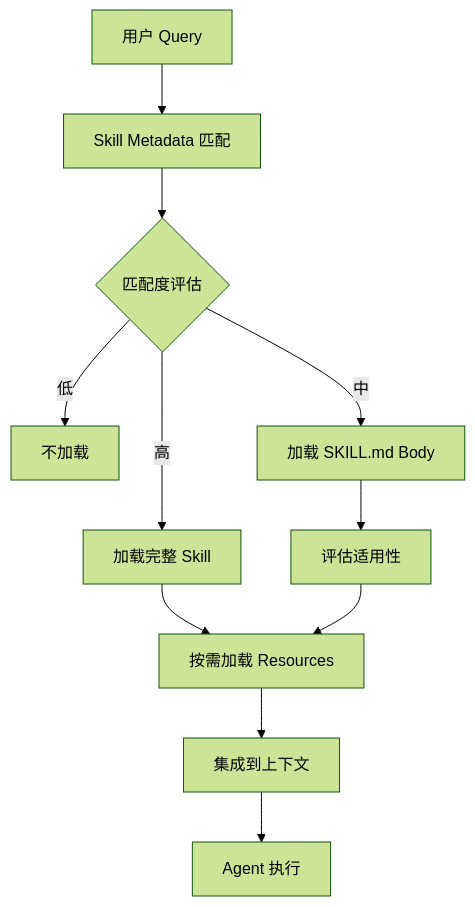
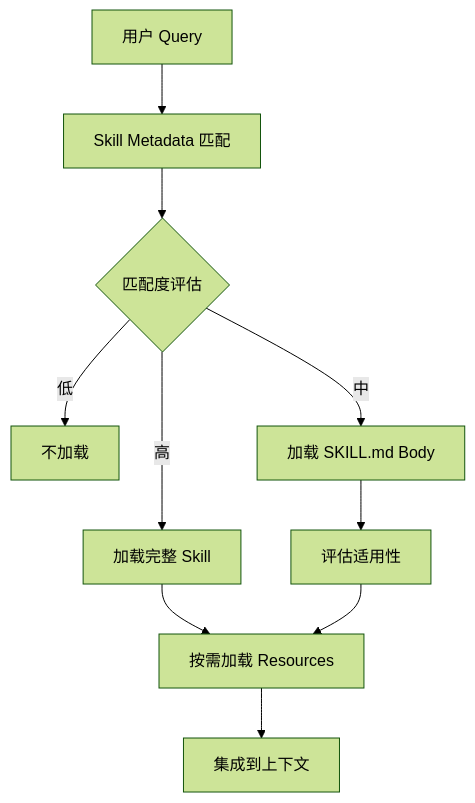
One commit to caicongyang/bloger changed the sixth of 19 diagrams in openclaw/FAQ.md. Above: the diagram before and after it, drawn with Mermaid (forest theme). The commit also changed other lines of this file and 13 other files, not shown here.

````diff
--- a/openclaw/FAQ.md
+++ b/openclaw/FAQ.md
@@ -370,13 +351,12 @@
 ```mermaid
 graph TB
     A[用户 Query] --> B[Skill Metadata 匹配]
     B --> C{匹配度评估}
     C -->|低| D[不加载]
     C -->|中| E[加载 SKILL.md Body]
     C -->|高| F[加载完整 Skill]
     E --> G[评估适用性]
     F --> H[按需加载 Resources]
     G --> H
     H --> I[集成到上下文]
-    I --> J[Agent 执行]
 ```
````
